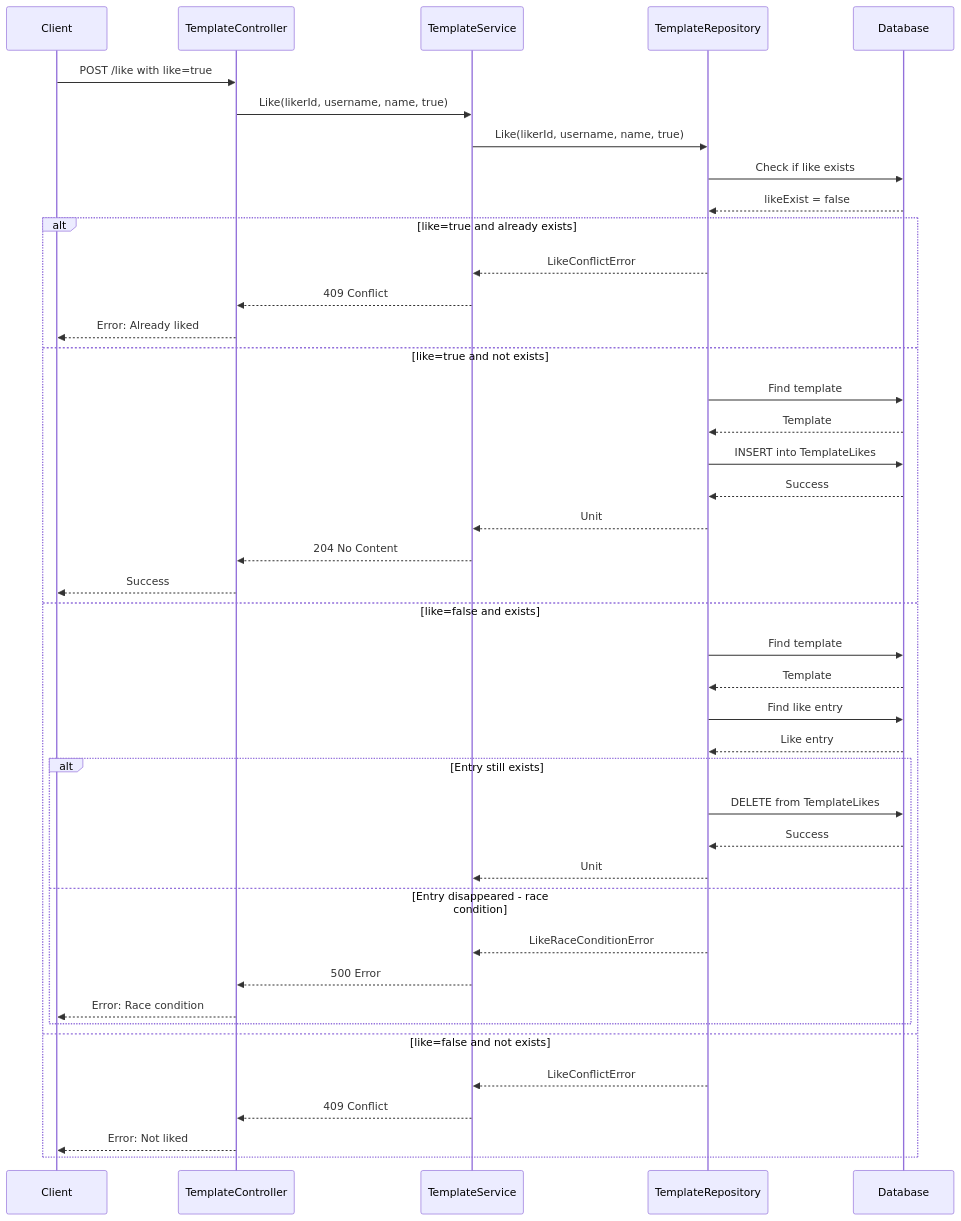
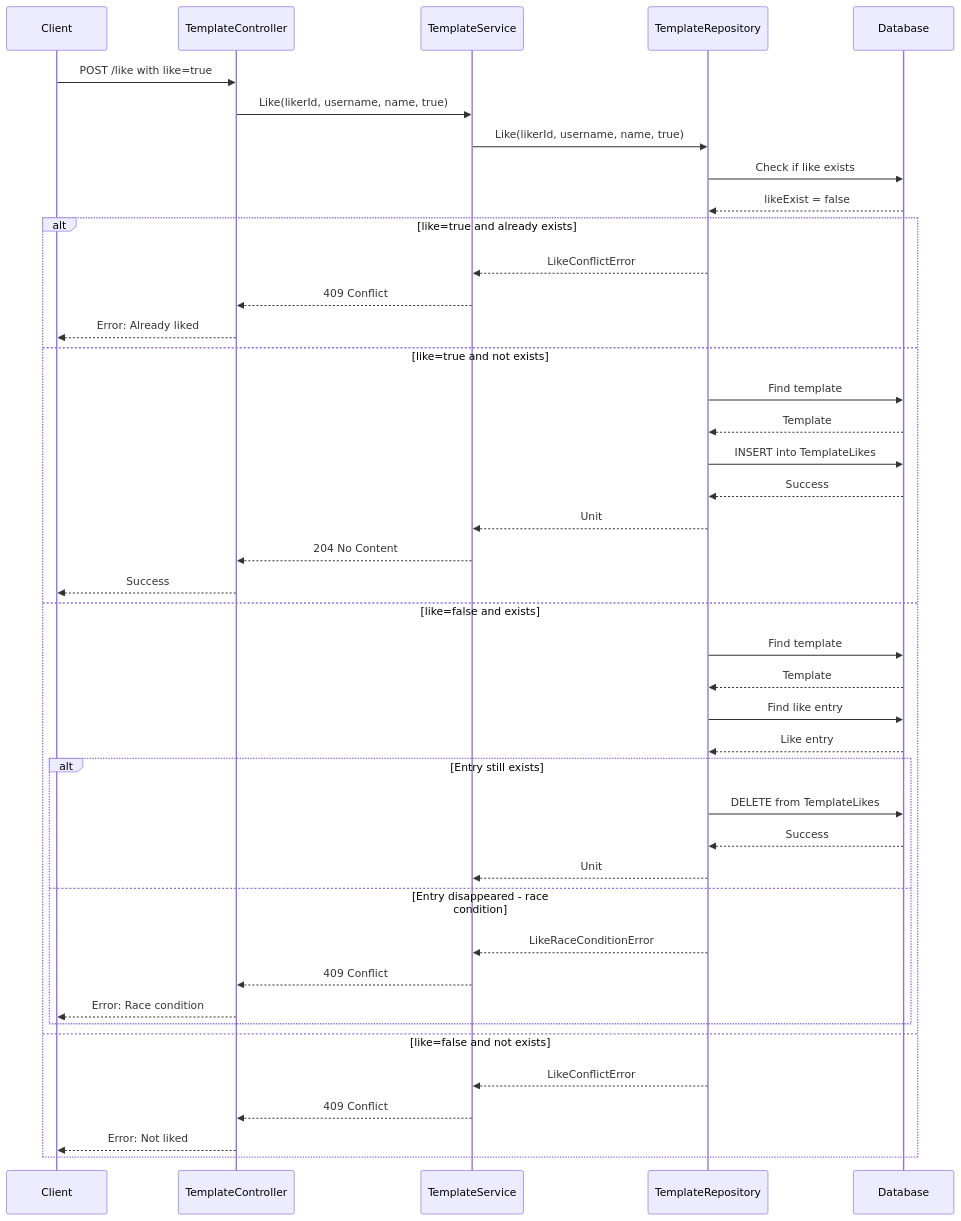
Before and after one commit to AtomiCloud/sulfone.zinc: the second of 2 diagrams in docs/developer/features/07-like-system.md, drawn with Mermaid. The commit also changed other lines of this file and 2 other files, not shown here.

Commit message:
docs: fix LikeRaceConditionError HTTP status and route parameter naming
- Change LikeRaceConditionError HTTP status from 500 to 409 Conflict to match actual BaseController implementation
- Standardize route parameter naming from processorName to name for consistency

[CU-86ewk3qxg]

````diff
--- a/docs/developer/features/07-like-system.md
+++ b/docs/developer/features/07-like-system.md
@@ -46,48 +46,48 @@
 ```mermaid
 sequenceDiagram
     participant Client
     participant Controller as TemplateController
     participant Service as TemplateService
     participant Repository as TemplateRepository
     participant DB as Database
 
     Client->>Controller: POST /like with like=true
     Controller->>Service: Like(likerId, username, name, true)
     Service->>Repository: Like(likerId, username, name, true)
 
     Repository->>DB: Check if like exists
     DB-->>Repository: likeExist = false
 
     alt like=true and already exists
         Repository-->>Service: LikeConflictError
         Service-->>Controller: 409 Conflict
         Controller-->>Client: Error: Already liked
     else like=true and not exists
         Repository->>DB: Find template
         DB-->>Repository: Template
         Repository->>DB: INSERT into TemplateLikes
         DB-->>Repository: Success
         Repository-->>Service: Unit
         Service-->>Controller: 204 No Content
         Controller-->>Client: Success
     else like=false and exists
         Repository->>DB: Find template
         DB-->>Repository: Template
         Repository->>DB: Find like entry
         DB-->>Repository: Like entry
 
         alt Entry still exists
             Repository->>DB: DELETE from TemplateLikes
             DB-->>Repository: Success
             Repository-->>Service: Unit
         else Entry disappeared - race condition
             Repository-->>Service: LikeRaceConditionError
-            Service-->>Controller: 500 Error
+            Service-->>Controller: 409 Conflict
             Controller-->>Client: Error: Race condition
         end
     else like=false and not exists
         Repository-->>Service: LikeConflictError
         Service-->>Controller: 409 Conflict
         Controller-->>Client: Error: Not liked
     end
 ```
````
